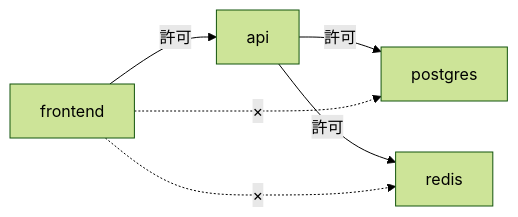
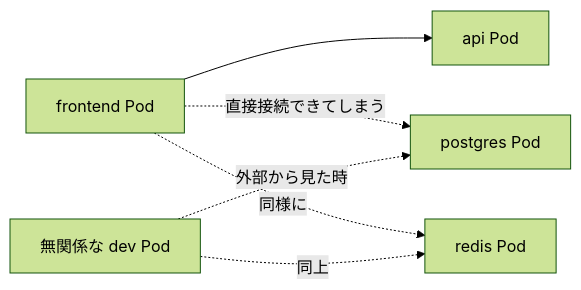
One commit to swallowsaba/introduction-k8s changed the first of 6 diagrams in docs/04-networking/networkpolicy.md. Above: the diagram before and after it, drawn with Mermaid (forest theme). The commit also changed other lines of this file and 5 other files, not shown here.

````diff
--- a/docs/04-networking/networkpolicy.md
+++ b/docs/04-networking/networkpolicy.md
@@ -53,8 +55,8 @@
 ```mermaid
 flowchart LR
-    fe[frontend] -->|許可| api[api]
-    api -->|許可| db[postgres]
-    api -->|許可| cache[redis]
-    fe -.×.-> db
-    fe -.×.-> cache
+    fe[frontend Pod] --> api[api Pod]
+    fe -.直接接続できてしまう.-> db[postgres Pod]
+    fe -.同様に.-> cache[redis Pod]
+    misc[無関係な dev Pod] -.外部から見た時.-> db
+    misc -.同上.-> cache
 ```
````
